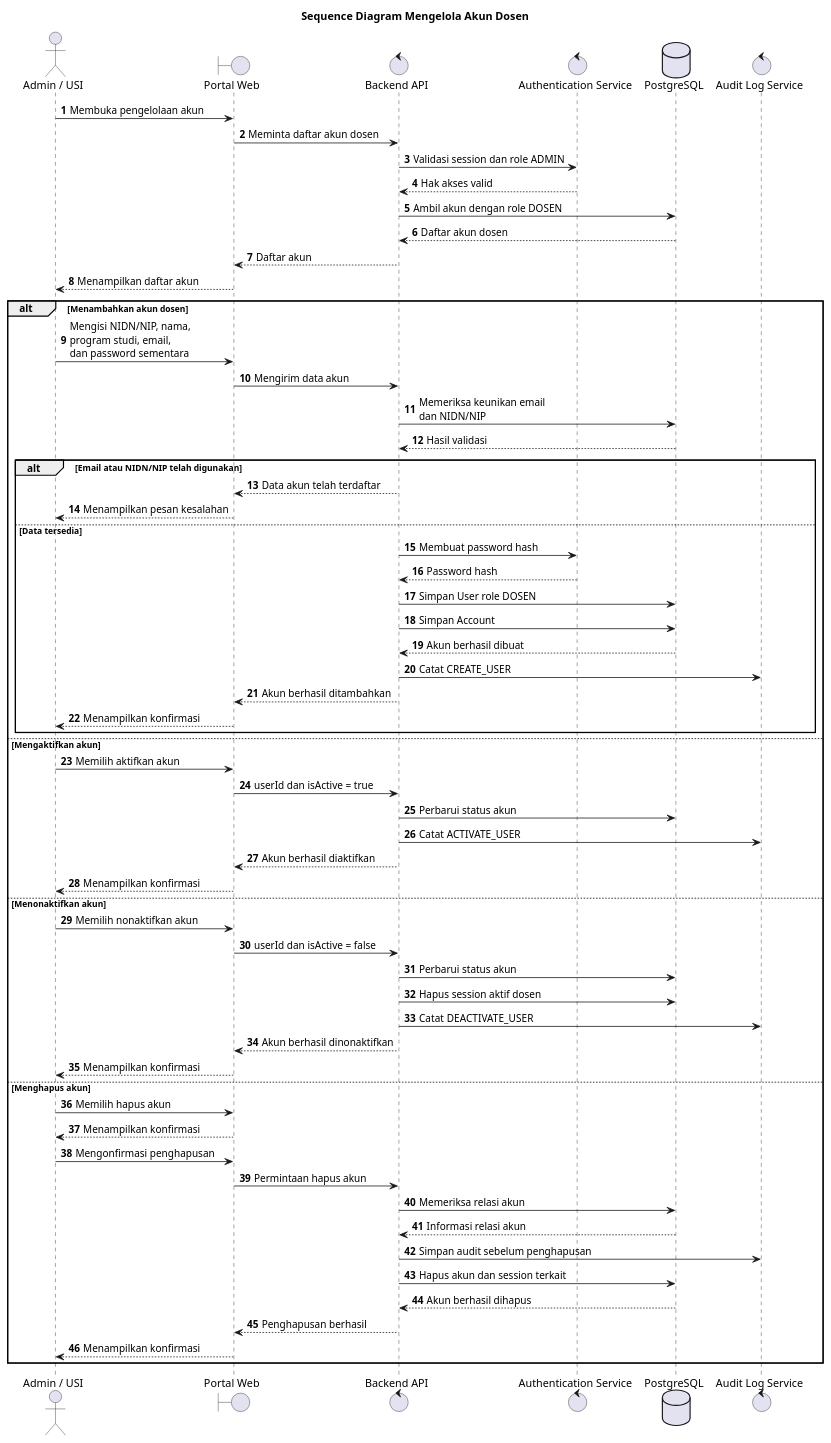
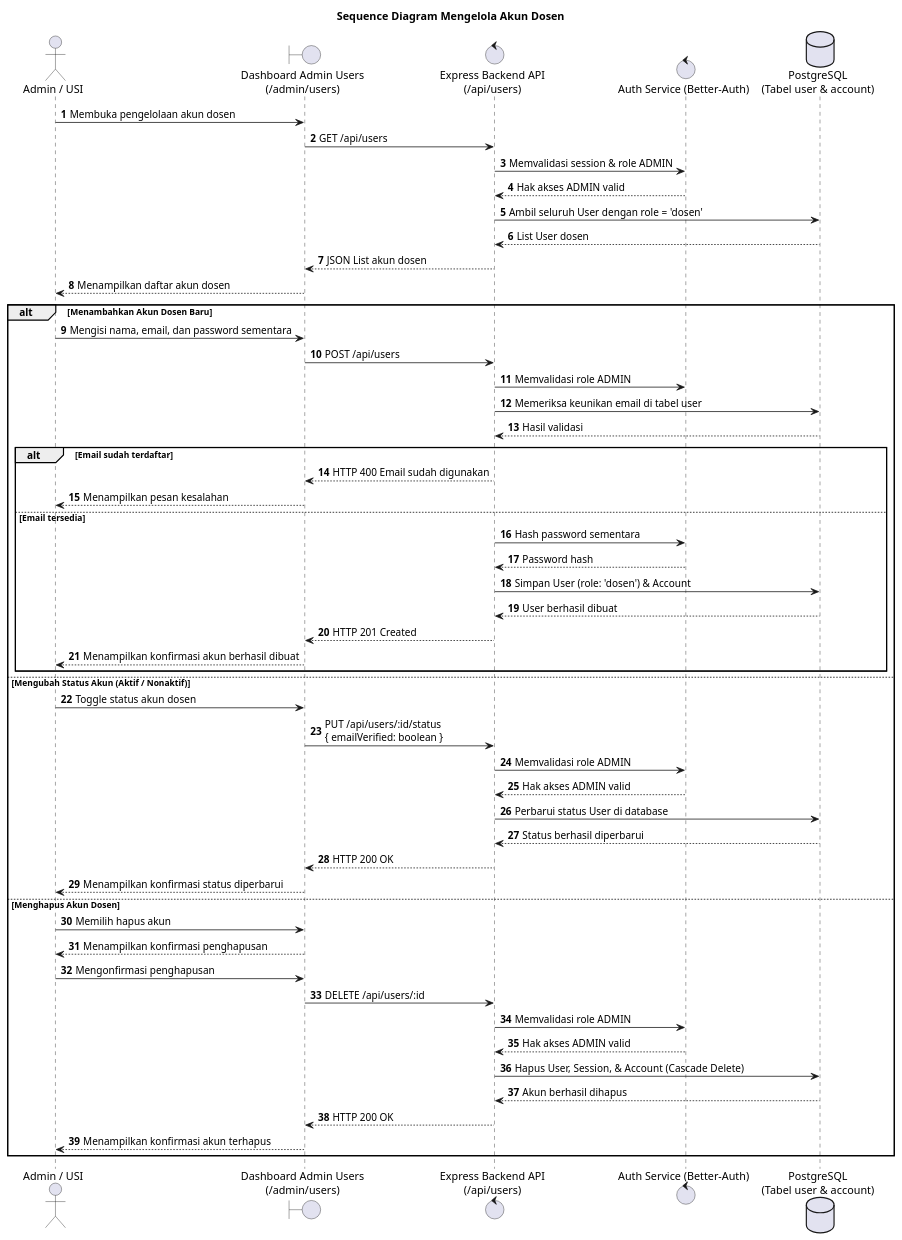
Before and after one commit to Badru9/chatbot: the diagram in uml/manage_lecturer_sequence.md, drawn with PlantUML. The commit also changed other lines of this file and 15 other files, not shown here.

Commit message:
docs: update UML diagrams and feature documentation to align with current architecture

```diff
--- a/uml/manage_lecturer_sequence.md
+++ b/uml/manage_lecturer_sequence.md
@@ -10,77 +10,63 @@
 skinparam shadowing false
 
 actor "Admin / USI" as Admin
-boundary "Portal Web" as Web
-control "Backend API" as API
-control "Authentication Service" as Auth
-database "PostgreSQL" as DB
-control "Audit Log Service" as Log
+boundary "Dashboard Admin Users\n(/admin/users)" as UI
+control "Express Backend API\n(/api/users)" as API
+control "Auth Service (Better-Auth)" as Auth
+database "PostgreSQL\n(Tabel user & account)" as DB
 
-Admin -> Web : Membuka pengelolaan akun
-Web -> API : Meminta daftar akun dosen
-API -> Auth : Validasi session dan role ADMIN
-Auth --> API : Hak akses valid
-API -> DB : Ambil akun dengan role DOSEN
-DB --> API : Daftar akun dosen
-API --> Web : Daftar akun
-Web --> Admin : Menampilkan daftar akun
+Admin -> UI : Membuka pengelolaan akun dosen
+UI -> API : GET /api/users
+API -> Auth : Memvalidasi session & role ADMIN
+Auth --> API : Hak akses ADMIN valid
+API -> DB : Ambil seluruh User dengan role = 'dosen'
+DB --> API : List User dosen
+API --> UI : JSON List akun dosen
+UI --> Admin : Menampilkan daftar akun dosen
 
-alt Menambahkan akun dosen
+alt Menambahkan Akun Dosen Baru
 
-    Admin -> Web : Mengisi NIDN/NIP, nama,\nprogram studi, email,\ndan password sementara
-    Web -> API : Mengirim data akun
-    API -> DB : Memeriksa keunikan email\ndan NIDN/NIP
+    Admin -> UI : Mengisi nama, email, dan password sementara
+    UI -> API : POST /api/users
+    API -> Auth : Memvalidasi role ADMIN
+    API -> DB : Memeriksa keunikan email di tabel user
     DB --> API : Hasil validasi
 
-    alt Email atau NIDN/NIP telah digunakan
-
-        API --> Web : Data akun telah terdaftar
-        Web --> Admin : Menampilkan pesan kesalahan
-
-    else Data tersedia
-
-        API -> Auth : Membuat password hash
+    alt Email sudah terdaftar
+        API --> UI : HTTP 400 Email sudah digunakan
+        UI --> Admin : Menampilkan pesan kesalahan
+    else Email tersedia
+        API -> Auth : Hash password sementara
         Auth --> API : Password hash
-        API -> DB : Simpan User role DOSEN
-        API -> DB : Simpan Account
-        DB --> API : Akun berhasil dibuat
-        API -> Log : Catat CREATE_USER
-        API --> Web : Akun berhasil ditambahkan
-        Web --> Admin : Menampilkan konfirmasi
+        API -> DB : Simpan User (role: 'dosen') & Account
+        DB --> API : User berhasil dibuat
+        API --> UI : HTTP 201 Created
+        UI --> Admin : Menampilkan konfirmasi akun berhasil dibuat
     end
 
-else Mengaktifkan akun
+else Mengubah Status Akun (Aktif / Nonaktif)
 
-    Admin -> Web : Memilih aktifkan akun
-    Web -> API : userId dan isActive = true
-    API -> DB : Perbarui status akun
-    API -> Log : Catat ACTIVATE_USER
-    API --> Web : Akun berhasil diaktifkan
-    Web --> Admin : Menampilkan konfirmasi
+    Admin -> UI : Toggle status akun dosen
+    UI -> API : PUT /api/users/:id/status\n{ emailVerified: boolean }
+    API -> Auth : Memvalidasi role ADMIN
+    Auth --> API : Hak akses ADMIN valid
+    API -> DB : Perbarui status User di database
+    DB --> API : Status berhasil diperbarui
+    API --> UI : HTTP 200 OK
+    UI --> Admin : Menampilkan konfirmasi status diperbarui
 
-else Menonaktifkan akun
+else Menghapus Akun Dosen
 
-    Admin -> Web : Memilih nonaktifkan akun
-    Web -> API : userId dan isActive = false
-    API -> DB : Perbarui status akun
-    API -> DB : Hapus session aktif dosen
-    API -> Log : Catat DEACTIVATE_USER
-    API --> Web : Akun berhasil dinonaktifkan
-    Web --> Admin : Menampilkan konfirmasi
-
-else Menghapus akun
-
-    Admin -> Web : Memilih hapus akun
-    Web --> Admin : Menampilkan konfirmasi
-    Admin -> Web : Mengonfirmasi penghapusan
-    Web -> API : Permintaan hapus akun
-    API -> DB : Memeriksa relasi akun
-    DB --> API : Informasi relasi akun
-    API -> Log : Simpan audit sebelum penghapusan
-    API -> DB : Hapus akun dan session terkait
+    Admin -> UI : Memilih hapus akun
+    UI --> Admin : Menampilkan konfirmasi penghapusan
+    Admin -> UI : Mengonfirmasi penghapusan
+    UI -> API : DELETE /api/users/:id
+    API -> Auth : Memvalidasi role ADMIN
+    Auth --> API : Hak akses ADMIN valid
+    API -> DB : Hapus User, Session, & Account (Cascade Delete)
     DB --> API : Akun berhasil dihapus
-    API --> Web : Penghapusan berhasil
-    Web --> Admin : Menampilkan konfirmasi
+    API --> UI : HTTP 200 OK
+    UI --> Admin : Menampilkan konfirmasi akun terhapus
 
 end
 
```
